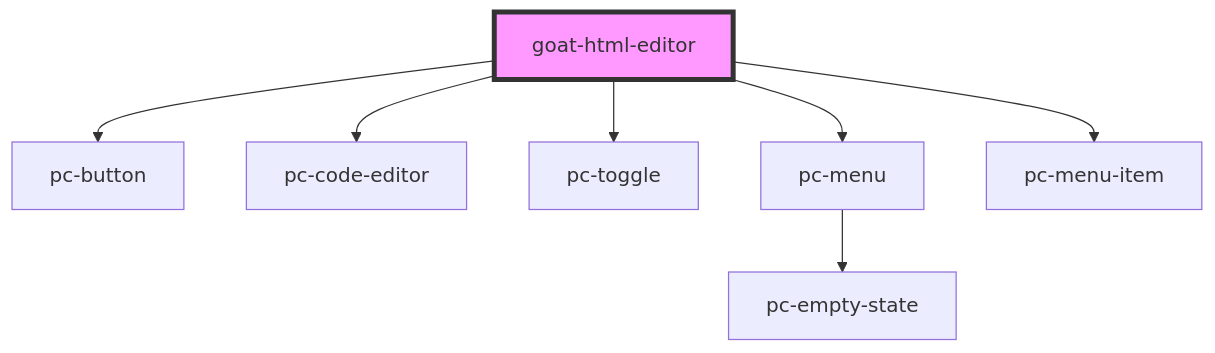
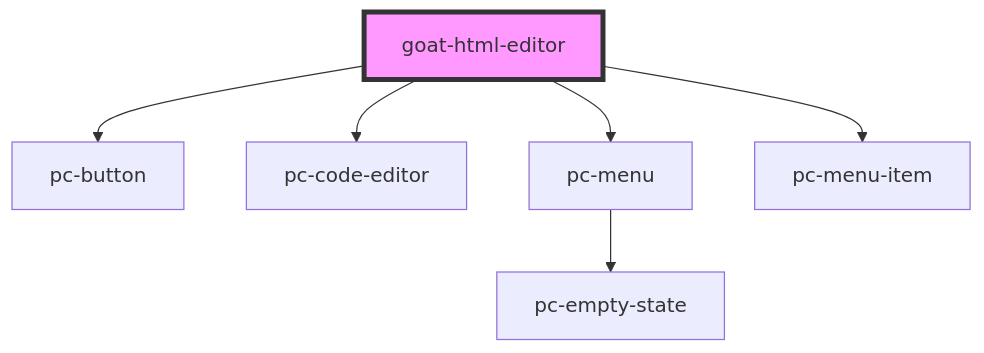
One commit to redvars/peacock changed the diagram in src/components/input-controls/html-editor/readme.md. Above: the diagram before and after it, drawn with Mermaid. The commit also changed other lines of this file and 38 other files, not shown here.

````diff
--- a/src/components/input-controls/html-editor/readme.md
+++ b/src/components/input-controls/html-editor/readme.md
@@ -83,10 +82,9 @@
 ```mermaid
 graph TD;
   goat-html-editor --> pc-button
   goat-html-editor --> pc-code-editor
-  goat-html-editor --> pc-toggle
   goat-html-editor --> pc-menu
   goat-html-editor --> pc-menu-item
   pc-menu --> pc-empty-state
   style goat-html-editor fill:#f9f,stroke:#333,stroke-width:4px
 ```
````
